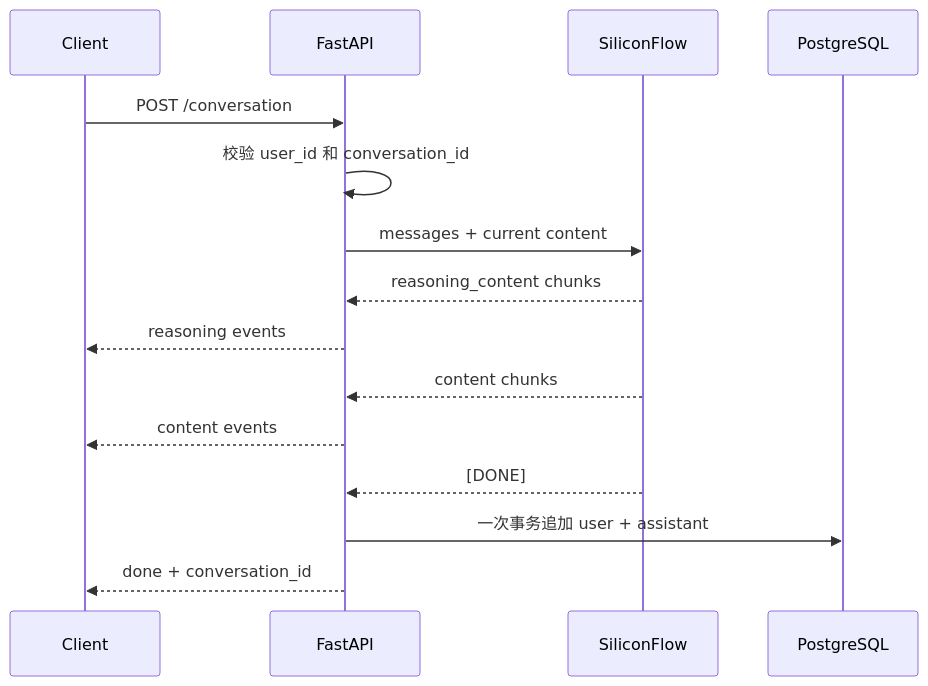
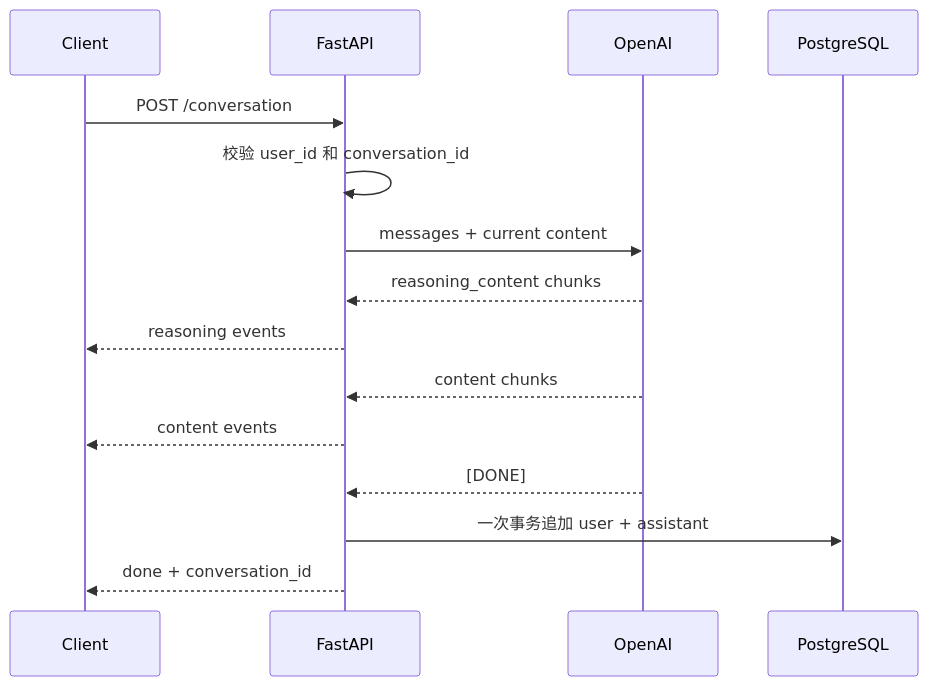
Before and after one commit to zuziqiu/python: the diagram in fastAPI/ARCHITECTURE.md, drawn with Mermaid. The commit also changed other lines of this file and 8 other files, not shown here.

````diff
--- a/fastAPI/ARCHITECTURE.md
+++ b/fastAPI/ARCHITECTURE.md
@@ -64,18 +64,18 @@
 ```mermaid
 sequenceDiagram
     participant Client as Client
     participant API as FastAPI
-    participant AI as SiliconFlow
+    participant AI as OpenAI
     participant DB as PostgreSQL
 
     Client->>API: POST /conversation
     API->>API: 校验 user_id 和 conversation_id
     API->>AI: messages + current content
     AI-->>API: reasoning_content chunks
     API-->>Client: reasoning events
     AI-->>API: content chunks
     API-->>Client: content events
     AI-->>API: [DONE]
     API->>DB: 一次事务追加 user + assistant
     API-->>Client: done + conversation_id
 ```
````
